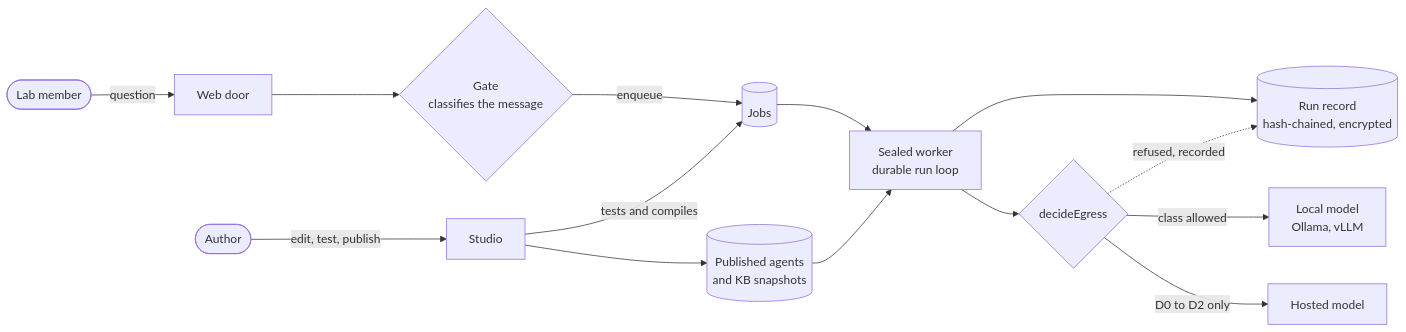
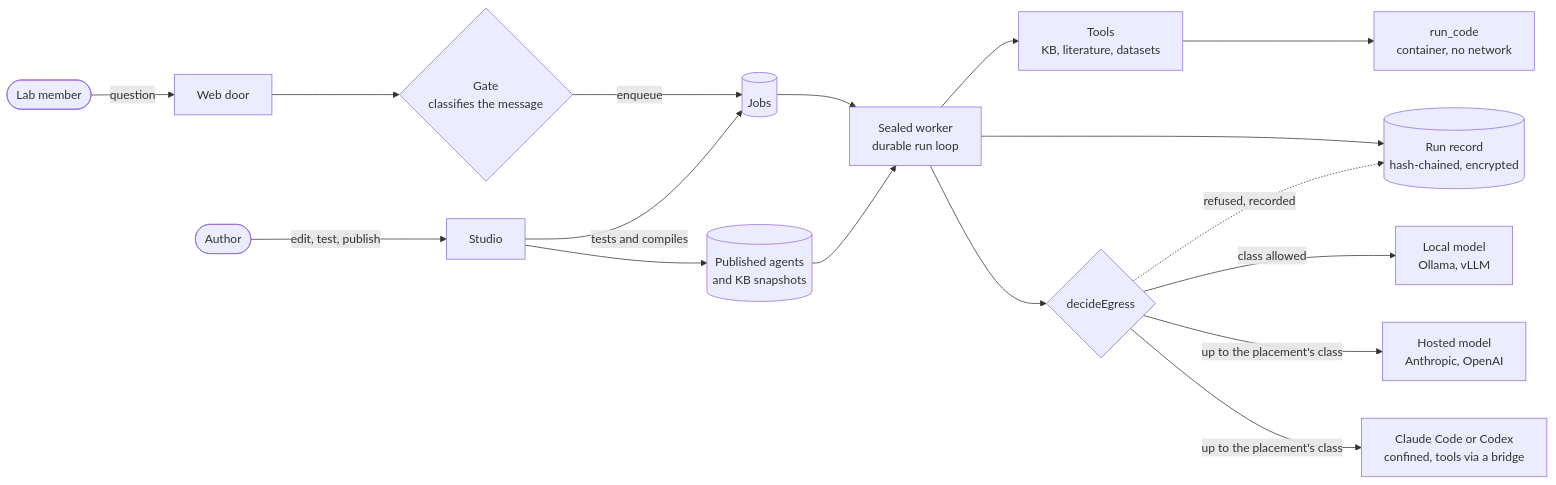
The diagram in README.md (oneirum/aliquot), drawn with Mermaid before and after one commit. The commit also changed other lines of this file and 114 other files, not shown here.

Commit message:
Aliquot v0.2: Claude Code and Codex as agents, built-in research tools, native Anthropic and OpenAI providers

````diff
--- a/README.md
+++ b/README.md
@@ -102,16 +170,19 @@
 ```mermaid
 flowchart LR
     member([Lab member]) -->|question| door[Web door]
     author([Author]) -->|edit, test, publish| studio[Studio]
     studio --> heads[(Published agents<br/>and KB snapshots)]
     door --> gate{Gate<br/>classifies the message}
     gate -->|enqueue| jobs[(Jobs)]
     studio -->|tests and compiles| jobs
     jobs --> worker[Sealed worker<br/>durable run loop]
     heads --> worker
+    worker --> tools[Tools<br/>KB, literature, datasets]
+    tools --> sandbox[run_code<br/>container, no network]
     worker --> record[(Run record<br/>hash-chained, encrypted)]
     worker --> egress{decideEgress}
     egress -->|class allowed| local[Local model<br/>Ollama, vLLM]
-    egress -->|D0 to D2 only| hosted[Hosted model]
+    egress -->|up to the placement's class| hosted[Hosted model<br/>Anthropic, OpenAI]
+    egress -->|up to the placement's class| cli[Claude Code or Codex<br/>confined, tools via a bridge]
     egress -.->|refused, recorded| record
 ```
````
